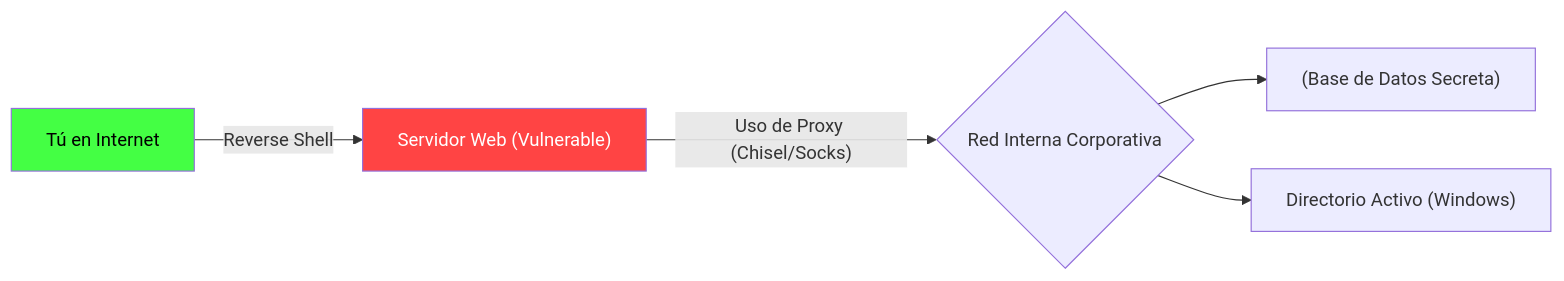
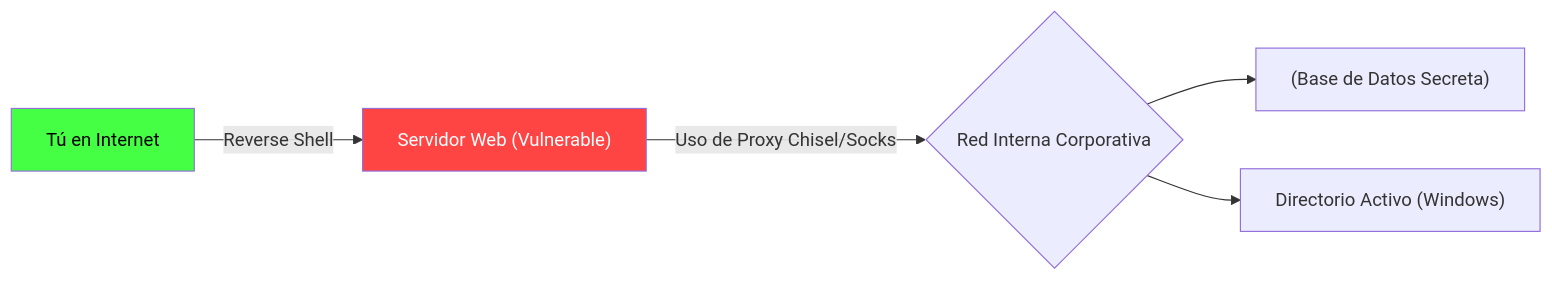
The diagram in public/docs/zh/ext_pentest_optimizaciones.md (gjpierp/nmergeia), drawn with Mermaid before and after one commit. The commit also changed 88 other files, not shown here.

Commit message:
fix(mermaid & headings): estandarizar títulos removiendo Resumen Ejecutivo de encabezados H2 y corregir sintaxis de paréntesis en conectores de enlace de 55 diagramas Mermaid en los 7 idiomas

````diff
--- a/public/docs/zh/ext_pentest_optimizaciones.md
+++ b/public/docs/zh/ext_pentest_optimizaciones.md
@@ -33,9 +33,9 @@
 ```mermaid
 flowchart LR
 Internet["Tú en Internet"] -->|Reverse Shell| Web["Servidor Web (Vulnerable)"]
-Web -->|"Uso de Proxy (Chisel/Socks)"| RedInterna{Red Interna Corporativa}
+Web -->|"Uso de Proxy Chisel/Socks "| RedInterna{Red Interna Corporativa}
 RedInterna --> BDD["(Base de Datos Secreta)"]
 RedInterna --> AD["Directorio Activo (Windows)"]
 style Web fill:#ff4444,color:#fff
 style Internet fill:#44ff44,color:#000
 ```
````
